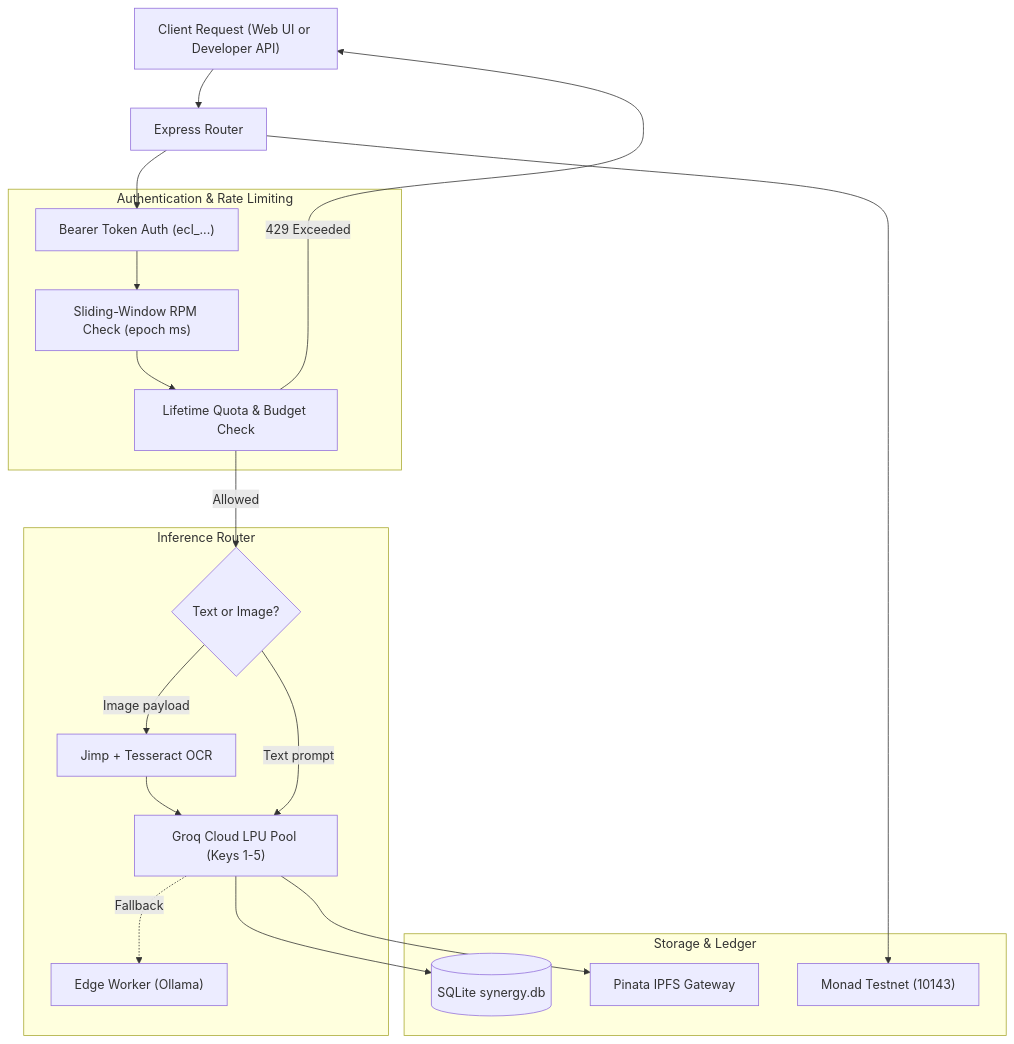
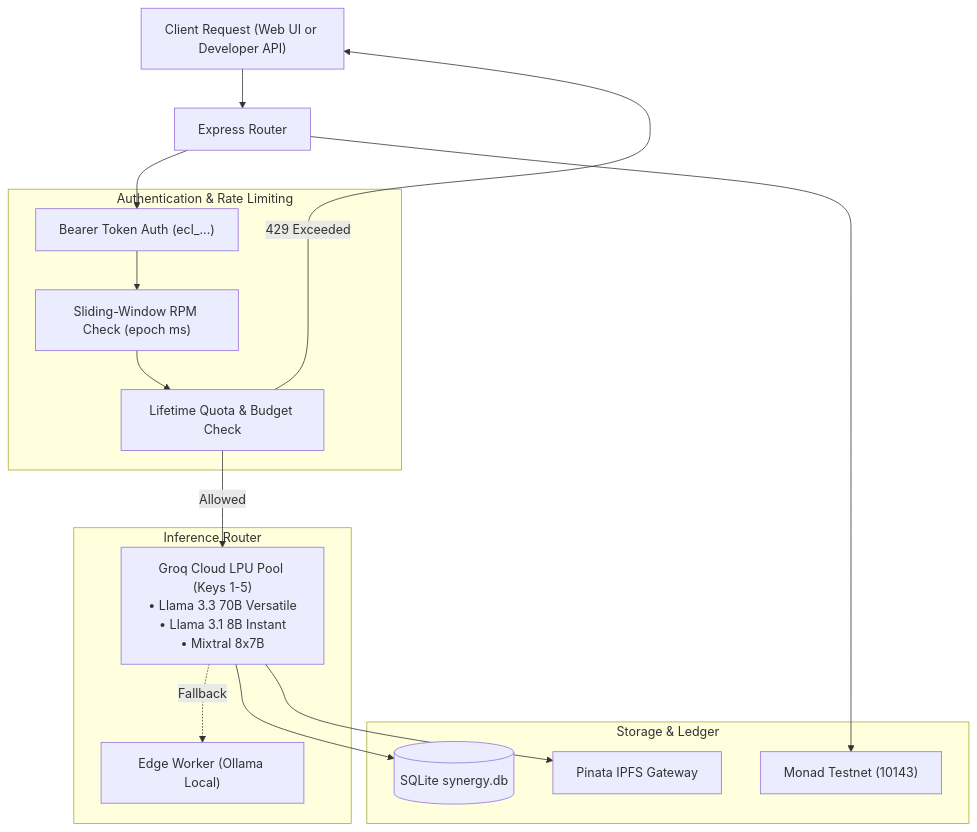
Before and after one commit to Arpit-R-Doshi/monadhacks: the diagram in backend/README.md, drawn with Mermaid. The commit also changed other lines of this file and 7 other files, not shown here.

Commit message:
docs: comprehensive update to all readmes, architecture, deployment, and api specifications

````diff
--- a/backend/README.md
+++ b/backend/README.md
@@ -38,38 +39,33 @@
 ```mermaid
 graph TD
     Client["Client Request (Web UI or Developer API)"] --> Router["Express Router"]
 
     subgraph AuthAndLimits["Authentication & Rate Limiting"]
         Auth["Bearer Token Auth (ecl_...)"]
         RPMCheck["Sliding-Window RPM Check (epoch ms)"]
         SpendCheck["Lifetime Quota & Budget Check"]
     end
 
     subgraph InferenceRouter["Inference Router"]
-        InputType{"Text or Image?"}
-        VisionEngine["Jimp + Tesseract OCR"]
-        GroqPool["Groq Cloud LPU Pool (Keys 1-5)"]
-        OllamaLocal["Edge Worker (Ollama)"]
+        GroqPool["Groq Cloud LPU Pool (Keys 1-5)\n• Llama 3.3 70B Versatile\n• Llama 3.1 8B Instant\n• Mixtral 8x7B"]
+        OllamaLocal["Edge Worker (Ollama Local)"]
     end
 
     subgraph Persistence["Storage & Ledger"]
         DB[(SQLite synergy.db)]
         Monad["Monad Testnet (10143)"]
         IPFS["Pinata IPFS Gateway"]
     end
 
     Router --> Auth
     Auth --> RPMCheck
     RPMCheck --> SpendCheck
     SpendCheck -->|429 Exceeded| Client
-    SpendCheck -->|Allowed| InputType
+    SpendCheck -->|Allowed| GroqPool
 
-    InputType -->|Image payload| VisionEngine
-    VisionEngine --> GroqPool
-    InputType -->|Text prompt| GroqPool
     GroqPool -.->|Fallback| OllamaLocal
 
     GroqPool --> DB
     GroqPool --> IPFS
     Router --> Monad
 ```
````
